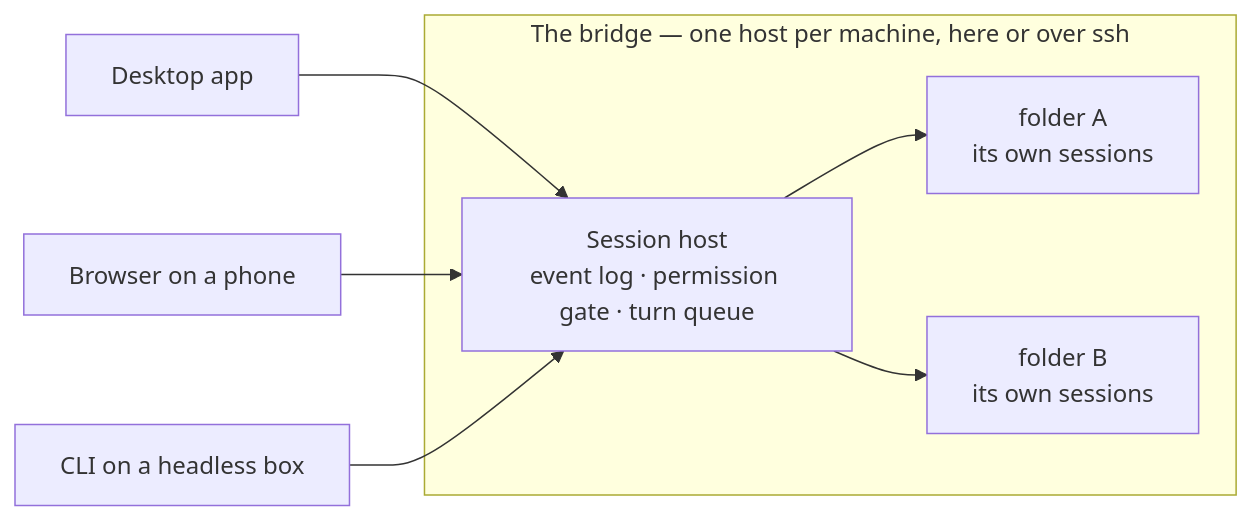
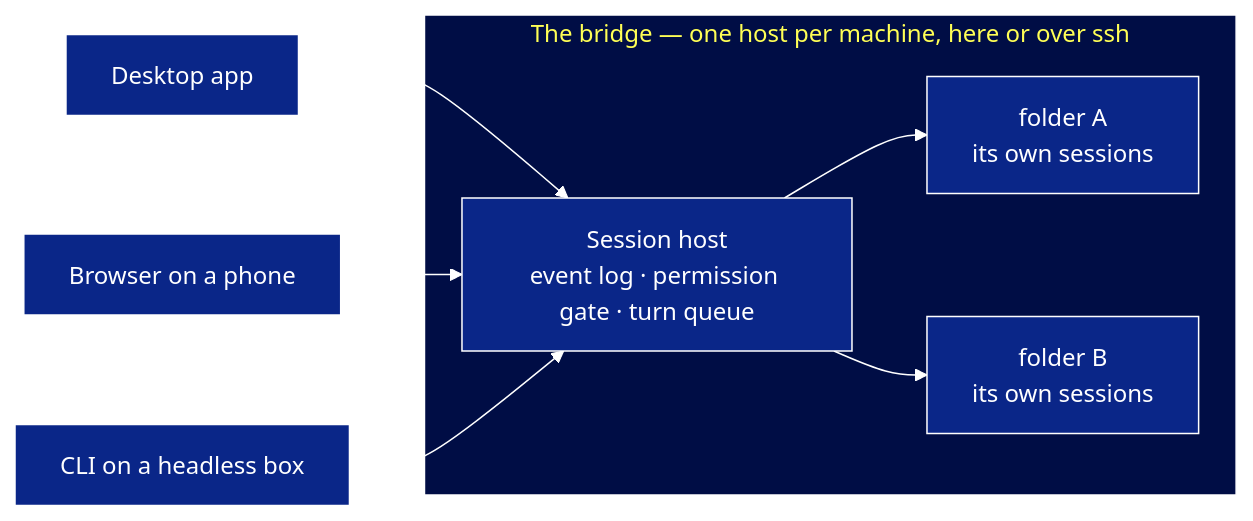
Before and after one commit to YounghyeonPark/agbrte: the diagram in README.md, drawn with Mermaid. The commit also changed other lines of this file and 18 other files, not shown here.

````diff
--- a/README.md
+++ b/README.md
@@ -15,12 +17,13 @@
 ```mermaid
+%%{init: {"theme": "base", "themeVariables": {"fontFamily": "ui-monospace, Consolas, monospace", "primaryColor": "#0a2688", "primaryTextColor": "#ffffff", "primaryBorderColor": "#ffffff", "lineColor": "#ffffff", "clusterBkg": "#000d45", "clusterBorder": "#ffffff", "titleColor": "#ffff55", "edgeLabelBackground": "#001a6e"}}}%%
 flowchart LR
   subgraph Bridge["The bridge — one host per machine, here or over ssh"]
     Host["Session host<br/>event log · permission gate · turn queue"]
     Host --> WA["folder A<br/>its own sessions"]
     Host --> WB["folder B<br/>its own sessions"]
   end
 
   App["Desktop app"] --> Host
   Web["Browser on a phone"] --> Host
   Cli["CLI on a headless box"] --> Host
 ```
````
